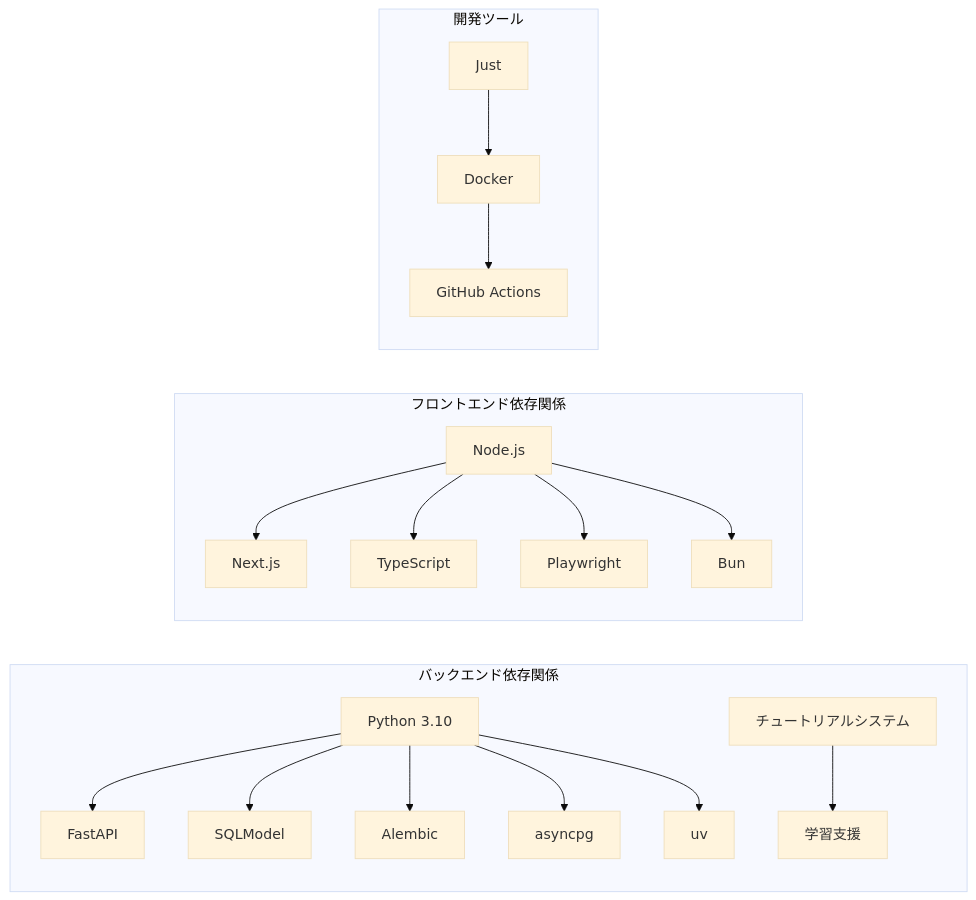
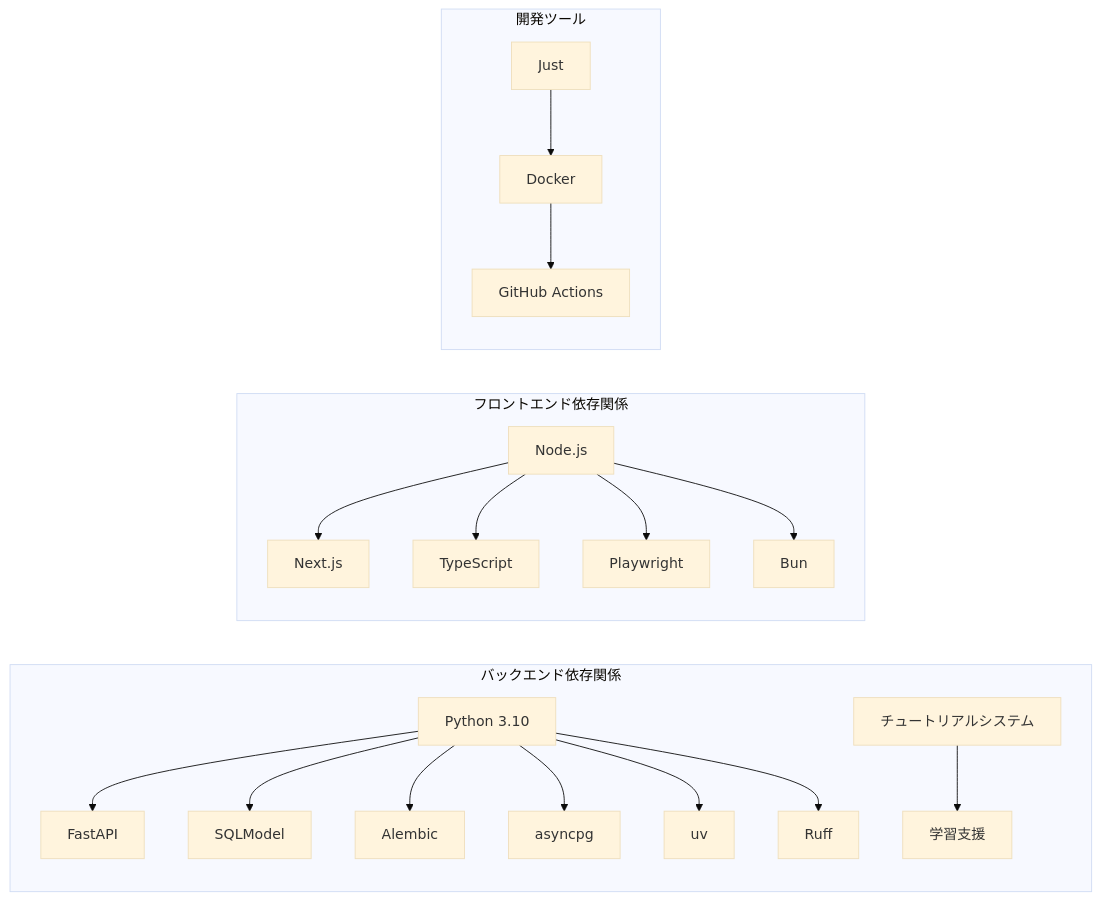
The seventh of 7 diagrams in .qoder/repowiki/ja/content/開発ワークフロー/開発ワークフロー.md (ss8806/Todos), drawn with Mermaid (base theme) before and after one commit. The commit also changed other lines of this file and 9 other files, not shown here.

````diff
--- a/.qoder/repowiki/ja/content/開発ワークフロー/開発ワークフロー.md
+++ b/.qoder/repowiki/ja/content/開発ワークフロー/開発ワークフロー.md
@@ -415,41 +450,43 @@
 ```mermaid
 graph LR
 subgraph "バックエンド依存関係"
 PY[Python 3.10]
 FASTAPI[FastAPI]
 SQLMODEL[SQLModel]
 ALEMBIC[Alembic]
 ASYNC[asyncpg]
 UV[uv]
+RUFF[Ruff]
 TUTORIAL[チュートリアルシステム]
 ENDLESS[学習支援]
 end
 subgraph "フロントエンド依存関係"
 NODE[Node.js]
 NEXT[Next.js]
 TS[TypeScript]
 PLAY[Playwright]
 BUN[Bun]
 TUTORIAL[チュートリアルシステム]
 ENDLESS[学習支援]
 end
 subgraph "開発ツール"
 JUST[Just]
 DOCKER[Docker]
 GH[GitHub Actions]
 TUTORIAL[チュートリアルシステム]
 ENDLESS[学習支援]
 end
 PY --> FASTAPI
 PY --> SQLMODEL
 PY --> ALEMBIC
 PY --> ASYNC
 PY --> UV
+PY --> RUFF
 NODE --> NEXT
 NODE --> TS
 NODE --> PLAY
 NODE --> BUN
 JUST --> DOCKER
 DOCKER --> GH
 TUTORIAL --> ENDLESS
 ```
````
